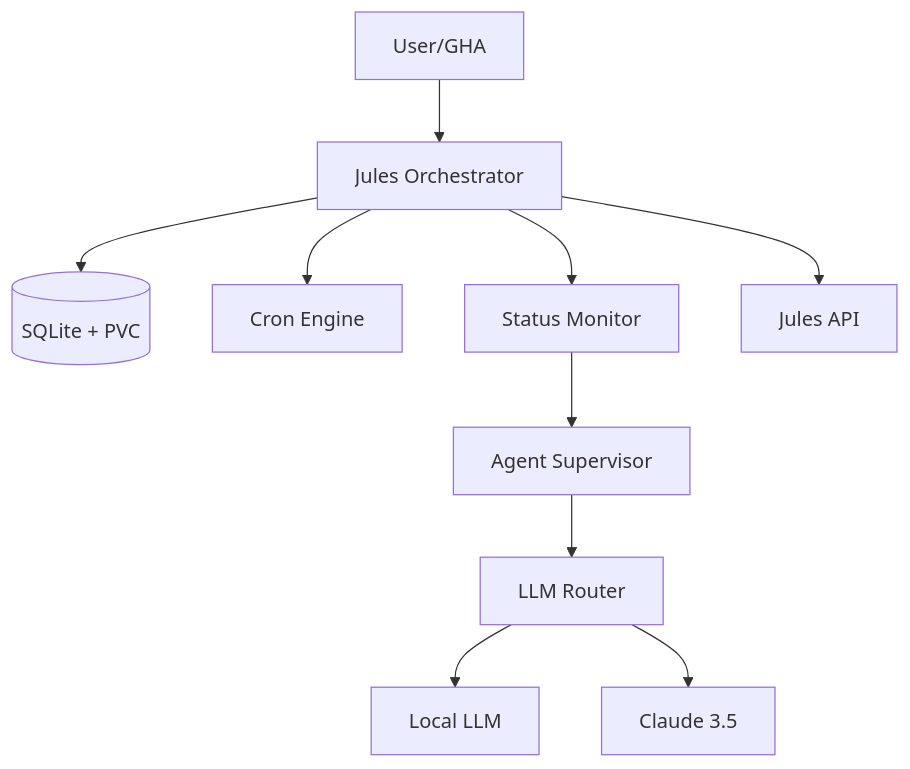
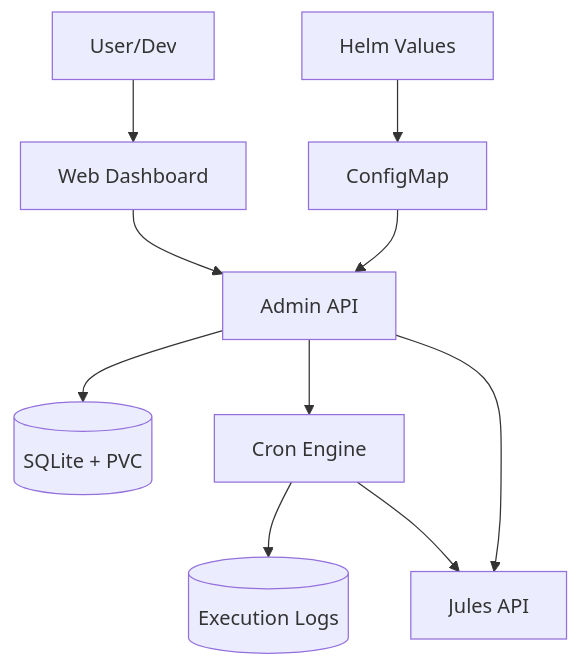
One commit to QuoteSystemX/go-agent-llm-orchestrator changed the diagram in README.md. Above: the diagram before and after it, drawn with Mermaid. The commit also changed other lines of this file and 5 other files, not shown here.

Commit message:
feat: upgrade to Pro Max architecture with web dashboard, helm-driven configuration, and robust execution auditing

````diff
--- a/README.md
+++ b/README.md
@@ -18,12 +21,12 @@
 ```mermaid
 graph TD
-    User[User/GHA] --> API[Jules Orchestrator]
+    User[User/Dev] --> WebUI[Web Dashboard]
+    WebUI --> API[Admin API]
+    Helm[Helm Values] --> CM[ConfigMap]
+    CM --> API
     API --> DB[(SQLite + PVC)]
     API --> Scheduler[Cron Engine]
-    API --> Monitor[Status Monitor]
-    Monitor --> Supervisor[Agent Supervisor]
-    Supervisor --> LLM[LLM Router]
-    LLM --> Ollama[Local LLM]
-    LLM --> Claude[Claude 3.5]
+    Scheduler --> TaskLogs[(Execution Logs)]
     API --> JulesAPI[Jules API]
+    Scheduler --> JulesAPI
 ```
````
